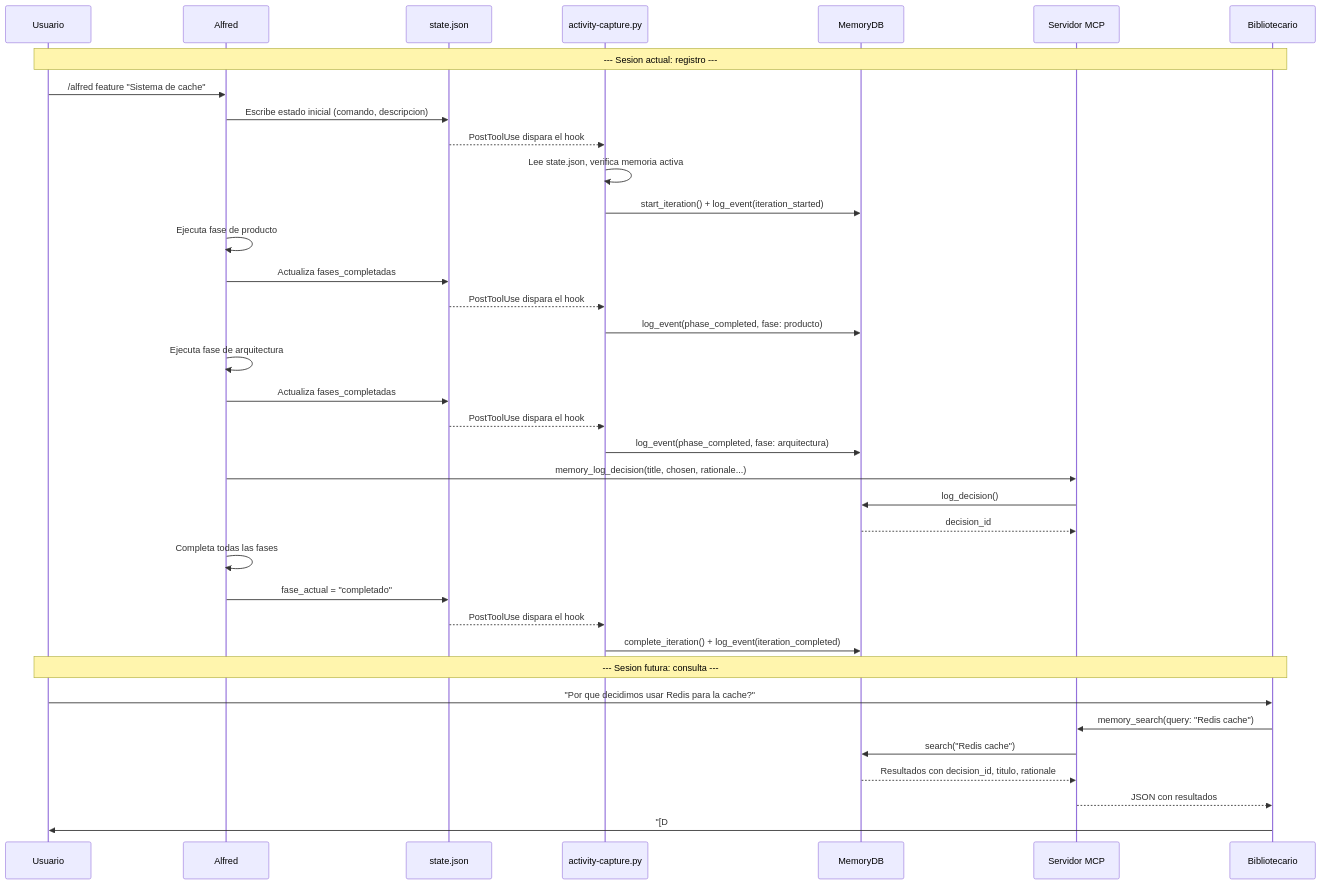
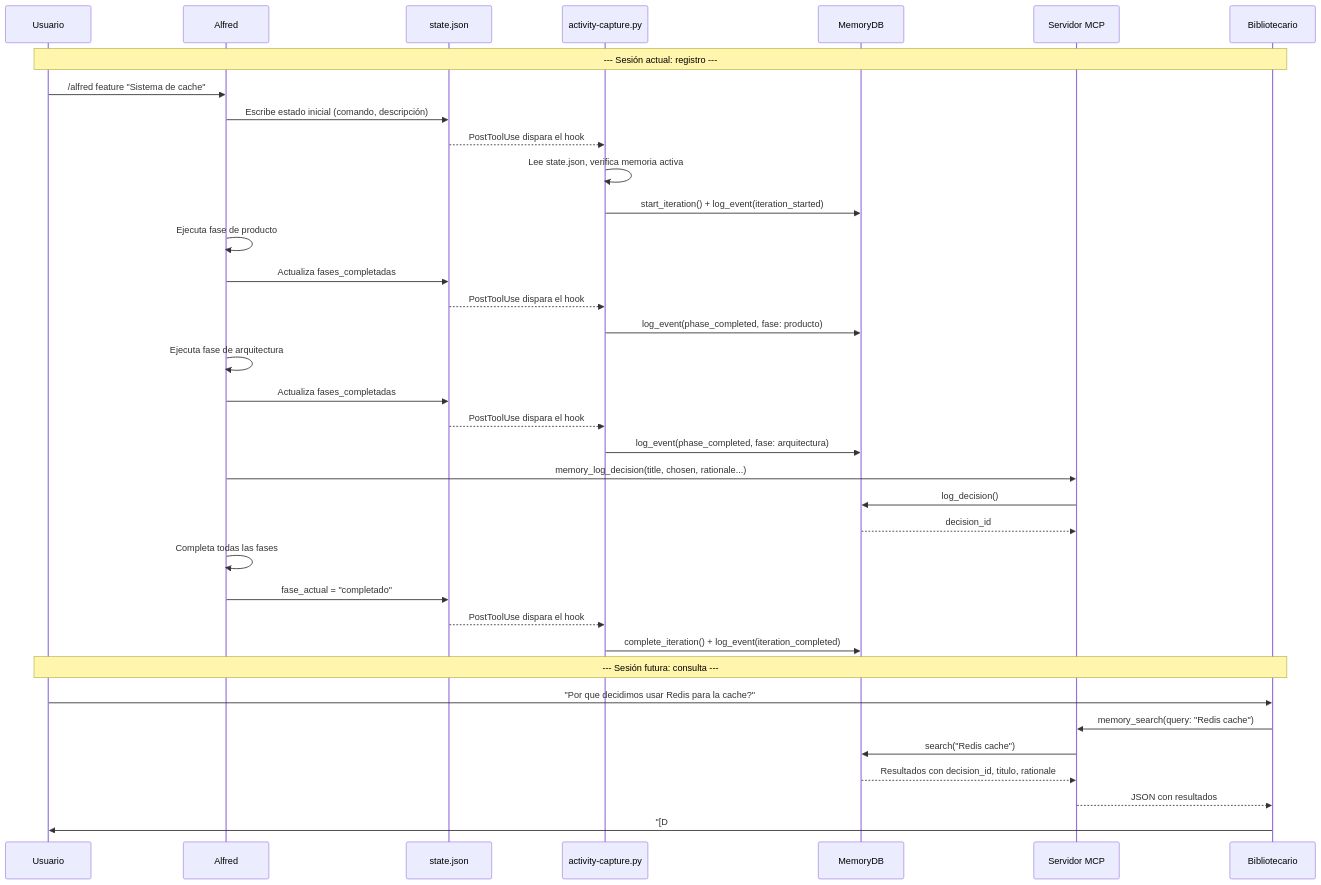
The second of 2 diagrams in docs/memory.md (686f6c61/alfred-dev), drawn with Mermaid before and after one commit. The commit also changed other lines of this file and 93 other files, not shown here.

````diff
--- a/docs/memory.md
+++ b/docs/memory.md
@@ -403,46 +403,46 @@
 ```mermaid
 sequenceDiagram
     participant U as Usuario
     participant A as Alfred
     participant S as state.json
     participant H as activity-capture.py
     participant DB as MemoryDB
     participant MCP as Servidor MCP
     participant B as Bibliotecario
 
-    Note over U,B: --- Sesion actual: registro ---
+    Note over U,B: --- Sesión actual: registro ---
 
     U->>A: /alfred feature "Sistema de cache"
-    A->>S: Escribe estado inicial (comando, descripcion)
+    A->>S: Escribe estado inicial (comando, descripción)
     S-->>H: PostToolUse dispara el hook
     H->>H: Lee state.json, verifica memoria activa
     H->>DB: start_iteration() + log_event(iteration_started)
 
     A->>A: Ejecuta fase de producto
     A->>S: Actualiza fases_completadas
     S-->>H: PostToolUse dispara el hook
     H->>DB: log_event(phase_completed, fase: producto)
 
     A->>A: Ejecuta fase de arquitectura
     A->>S: Actualiza fases_completadas
     S-->>H: PostToolUse dispara el hook
     H->>DB: log_event(phase_completed, fase: arquitectura)
 
     A->>MCP: memory_log_decision(title, chosen, rationale...)
     MCP->>DB: log_decision()
     DB-->>MCP: decision_id
 
     A->>A: Completa todas las fases
     A->>S: fase_actual = "completado"
     S-->>H: PostToolUse dispara el hook
     H->>DB: complete_iteration() + log_event(iteration_completed)
 
-    Note over U,B: --- Sesion futura: consulta ---
+    Note over U,B: --- Sesión futura: consulta ---
 
     U->>B: "Por que decidimos usar Redis para la cache?"
     B->>MCP: memory_search(query: "Redis cache")
     MCP->>DB: search("Redis cache")
     DB-->>MCP: Resultados con decision_id, titulo, rationale
     MCP-->>B: JSON con resultados
     B->>U: "[D#14] Se eligio Redis porque..."
 ```
````
